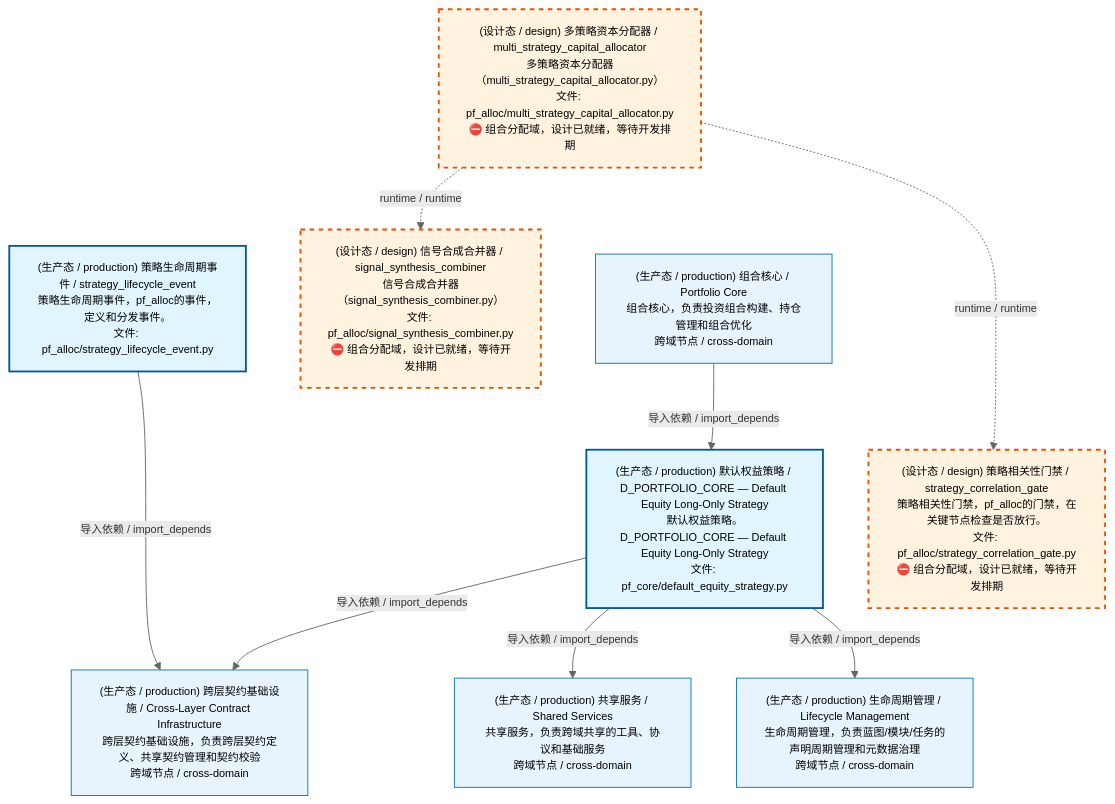
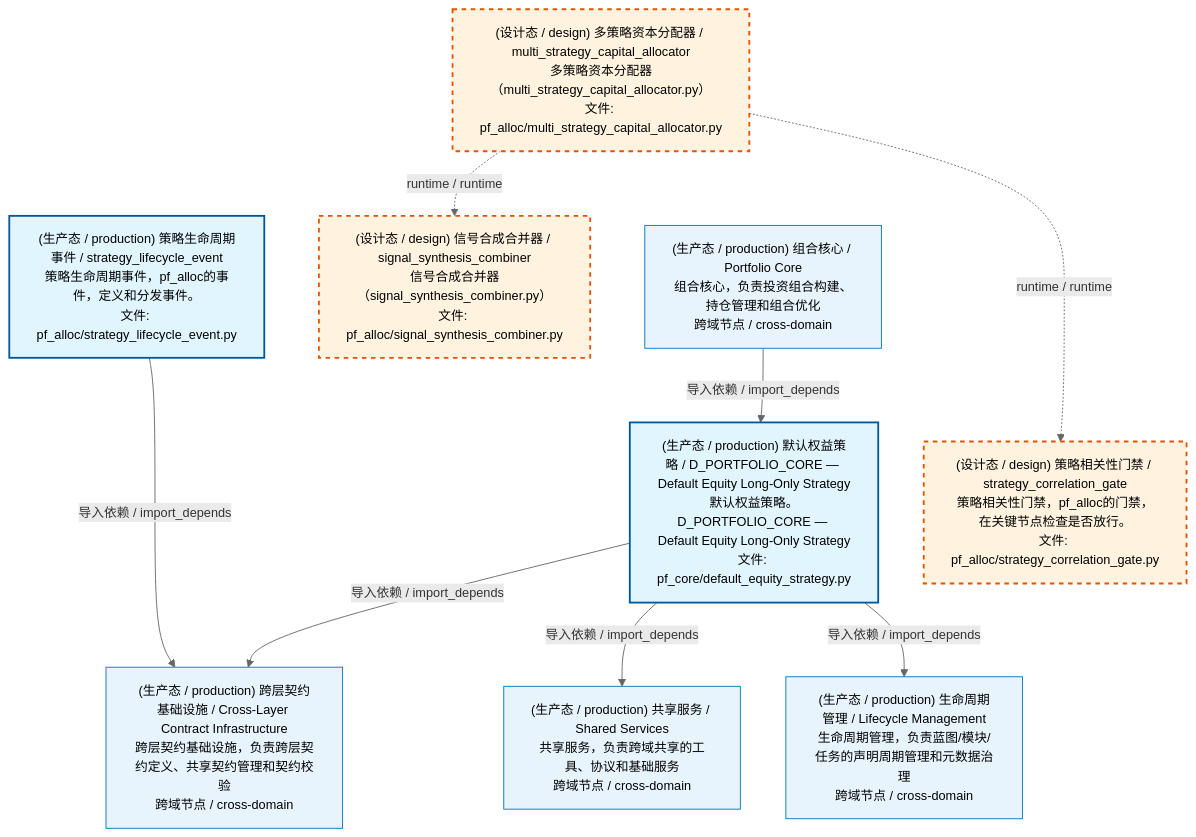
The first of 4 diagrams in docs/02_enterprise_architecture/02_domain_architecture_docs/62_d_pf_alloc.md (xuanFelixVan/ZephyrAlpha), drawn with Mermaid before and after one commit. The commit also changed other lines of this file and 61 other files, not shown here.

````diff
--- a/docs/02_enterprise_architecture/02_domain_architecture_docs/62_d_pf_alloc.md
+++ b/docs/02_enterprise_architecture/02_domain_architecture_docs/62_d_pf_alloc.md
@@ -53,30 +53,30 @@
 ```mermaid
-%%{init: {'theme': 'base', 'themeVariables': {'primaryColor': '#eaeaea', 'primaryTextColor': '#333333', 'primaryBorderColor': '#666666', 'lineColor': '#666666', 'secondaryColor': '#eaeaea', 'tertiaryColor': '#eaeaea', 'fontSize': '12px'}}}%%
+%%{init: {'theme': 'base', 'themeVariables': {'primaryColor': '#eaeaea', 'primaryTextColor': '#333333', 'primaryBorderColor': '#666666', 'lineColor': '#666666', 'secondaryColor': '#eaeaea', 'tertiaryColor': '#eaeaea', 'fontSize': '14px'}}}%%
 flowchart TD
-    src_zephyr_pf_alloc_multi_strategy_capital_allocator_py["(设计态 / design) 多策略资本分配器 / multi_strategy_capital_allocator<br/>多策略资本分配器（multi_strategy_capital_allocator.py）<br/>文件: pf_alloc/multi_strategy_capital_allocator.py<br/>⛔ 组合分配域，设计已就绪，等待开发排期"]
+    src_zephyr_pf_alloc_multi_strategy_capital_allocator_py["(设计态 / design) 多策略资本分配器 / multi_strategy_capital_allocator<br/>多策略资本分配器（multi_strategy_capital_allocator.py）<br/>文件: pf_alloc/multi_strategy_capital_allocator.py"]
     src_zephyr_pf_alloc_strategy_lifecycle_event_py["(生产态 / production) 策略生命周期事件 / strategy_lifecycle_event<br/>策略生命周期事件，pf_alloc的事件，定义和分发事件。<br/>文件: pf_alloc/strategy_lifecycle_event.py"]
     src_zephyr_pf_core_default_equity_strategy_py["(生产态 / production) 默认权益策略 / D_PORTFOLIO_CORE — Default Equity Long-Only Strategy<br/>默认权益策略。D_PORTFOLIO_CORE — Default Equity Long-Only Strategy<br/>文件: pf_core/default_equity_strategy.py"]
     src_zephyr_pf_alloc_multi_strategy_capital_allocator_py ~~~ src_zephyr_pf_alloc_strategy_lifecycle_event_py
     src_zephyr_pf_alloc_strategy_lifecycle_event_py ~~~ src_zephyr_pf_core_default_equity_strategy_py
-    src_zephyr_pf_alloc_signal_synthesis_combiner_py["(设计态 / design) 信号合成合并器 / signal_synthesis_combiner<br/>信号合成合并器（signal_synthesis_combiner.py）<br/>文件: pf_alloc/signal_synthesis_combiner.py<br/>⛔ 组合分配域，设计已就绪，等待开发排期"]
-    src_zephyr_pf_alloc_strategy_correlation_gate_py["(设计态 / design) 策略相关性门禁 / strategy_correlation_gate<br/>策略相关性门禁，pf_alloc的门禁，在关键节点检查是否放行。<br/>文件: pf_alloc/strategy_correlation_gate.py<br/>⛔ 组合分配域，设计已就绪，等待开发排期"]
+    src_zephyr_pf_alloc_signal_synthesis_combiner_py["(设计态 / design) 信号合成合并器 / signal_synthesis_combiner<br/>信号合成合并器（signal_synthesis_combiner.py）<br/>文件: pf_alloc/signal_synthesis_combiner.py"]
+    src_zephyr_pf_alloc_strategy_correlation_gate_py["(设计态 / design) 策略相关性门禁 / strategy_correlation_gate<br/>策略相关性门禁，pf_alloc的门禁，在关键节点检查是否放行。<br/>文件: pf_alloc/strategy_correlation_gate.py"]
     src_zephyr_pf_alloc_signal_synthesis_combiner_py ~~~ src_zephyr_pf_alloc_strategy_correlation_gate_py
     src_zephyr_pf_alloc_multi_strategy_capital_allocator_py -.->|runtime / runtime| src_zephyr_pf_alloc_signal_synthesis_combiner_py
     src_zephyr_pf_alloc_multi_strategy_capital_allocator_py -.->|runtime / runtime| src_zephyr_pf_alloc_strategy_correlation_gate_py
     D_INFRASTRUCTURE["(生产态 / production) 跨层契约基础设施 / Cross-Layer Contract Infrastructure<br/>跨层契约基础设施，负责跨层契约定义、共享契约管理和契约校验<br/>跨域节点 / cross-domain"]
     src_zephyr_pf_core_default_equity_strategy_py -->|导入依赖 / import_depends| D_INFRASTRUCTURE
     src_zephyr_pf_alloc_strategy_lifecycle_event_py -->|导入依赖 / import_depends| D_INFRASTRUCTURE
     D_SHARED["(生产态 / production) 共享服务 / Shared Services<br/>共享服务，负责跨域共享的工具、协议和基础服务<br/>跨域节点 / cross-domain"]
     src_zephyr_pf_core_default_equity_strategy_py -->|导入依赖 / import_depends| D_SHARED
     D_GOVERNANCE["(生产态 / production) 生命周期管理 / Lifecycle Management<br/>生命周期管理，负责蓝图/模块/任务的声明周期管理和元数据治理<br/>跨域节点 / cross-domain"]
     src_zephyr_pf_core_default_equity_strategy_py -->|导入依赖 / import_depends| D_GOVERNANCE
     D_PF_CORE["(生产态 / production) 组合核心 / Portfolio Core<br/>组合核心，负责投资组合构建、持仓管理和组合优化<br/>跨域节点 / cross-domain"]
     D_PF_CORE -->|导入依赖 / import_depends| src_zephyr_pf_core_default_equity_strategy_py
     classDef production fill:#e1f5fe,stroke:#01579b,stroke-width:2px,color:#000
     classDef design fill:#fff3e0,stroke:#e65100,stroke-width:2px,color:#000,stroke-dasharray: 5 5
     classDef external_prod fill:#e8f4fd,stroke:#0277bd,stroke-width:1px,color:#000
     classDef external_design fill:#fff8e7,stroke:#ef6c00,stroke-width:1px,color:#000,stroke-dasharray: 5 5
     class src_zephyr_pf_alloc_strategy_lifecycle_event_py,src_zephyr_pf_core_default_equity_strategy_py production
     class src_zephyr_pf_alloc_multi_strategy_capital_allocator_py,src_zephyr_pf_alloc_signal_synthesis_combiner_py,src_zephyr_pf_alloc_strategy_correlation_gate_py design
     class D_INFRASTRUCTURE,D_SHARED,D_GOVERNANCE,D_PF_CORE external_prod
 ```
````
